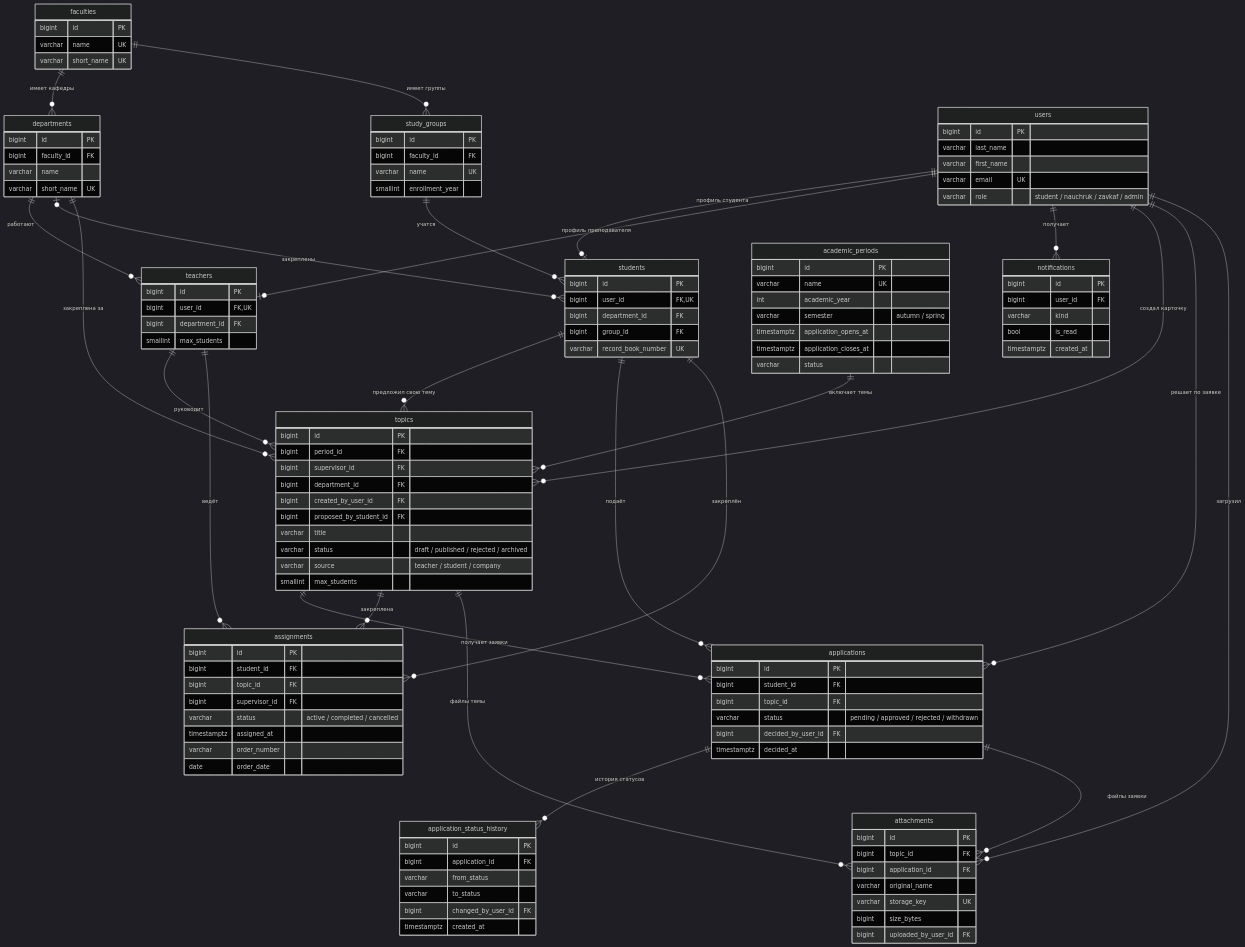
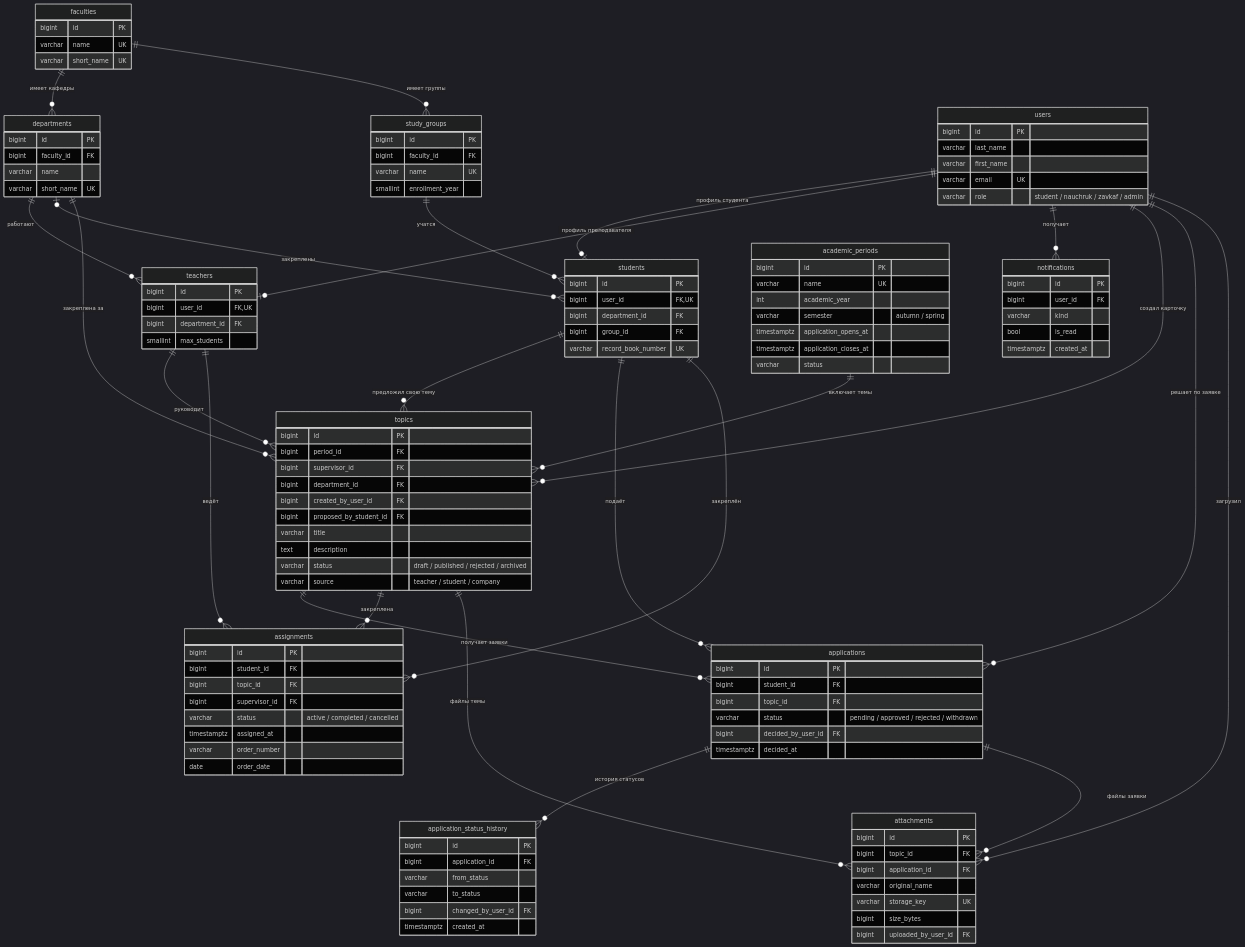
Before and after one commit to Darknesslog/DiplomNavigator: the diagram in docs/er.md, drawn with Mermaid (dark theme). The commit also changed 31 other files, not shown here.

```diff
--- a/docs/er.md
+++ b/docs/er.md
@@ -96,9 +96,9 @@
         bigint created_by_user_id FK
         bigint proposed_by_student_id FK
         varchar title
+        text description
         varchar status "draft / published / rejected / archived"
         varchar source "teacher / student / company"
-        smallint max_students
     }
 
     applications {
```
